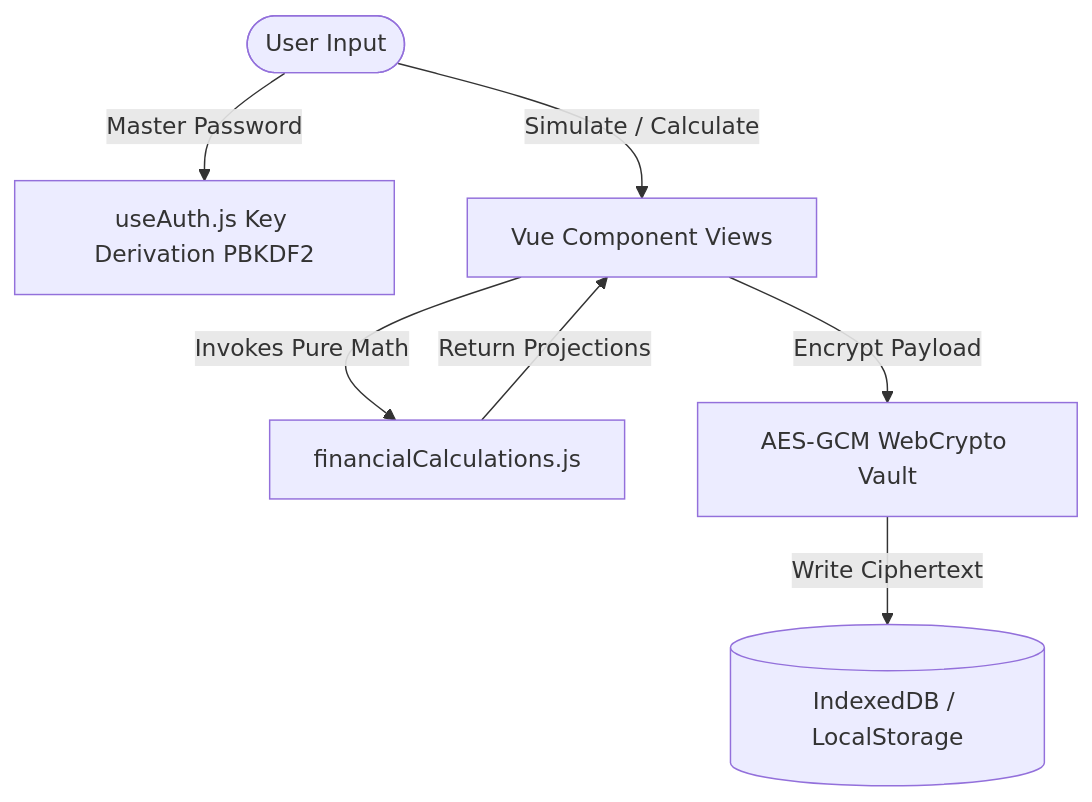
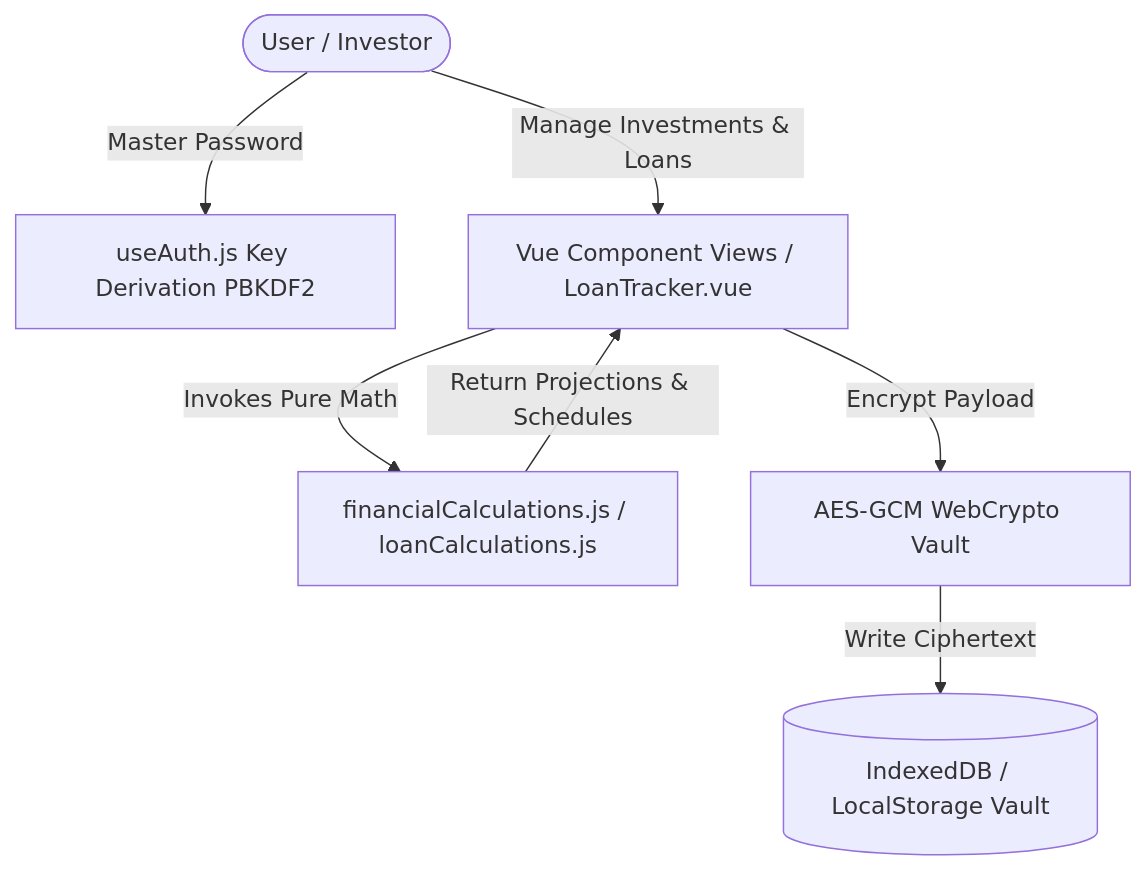
The diagram in docs/architecture.md (LucasGauterio/financial-planner), drawn with Mermaid before and after one commit. The commit also changed other lines of this file and 57 other files, not shown here.

Commit message:
docs: rename context.md to CONTEXT.md and set up single source of truth architecture

````diff
--- a/docs/architecture.md
+++ b/docs/architecture.md
@@ -17,9 +17,9 @@
 ```mermaid
 graph TD
-    User([User Input]) -->|Master Password| Auth[useAuth.js Key Derivation PBKDF2]
-    User -->|Simulate / Calculate| UI[Vue Component Views]
-    UI -->|Invokes Pure Math| Math[financialCalculations.js]
-    Math -->|Return Projections| UI
+    User([User / Investor]) -->|Master Password| Auth[useAuth.js Key Derivation PBKDF2]
+    User -->|Manage Investments & Loans| UI[Vue Component Views / LoanTracker.vue]
+    UI -->|Invokes Pure Math| Math[financialCalculations.js / loanCalculations.js]
+    Math -->|Return Projections & Schedules| UI
     UI -->|Encrypt Payload| Crypto[AES-GCM WebCrypto Vault]
-    Crypto -->|Write Ciphertext| DB[(IndexedDB / LocalStorage)]
+    Crypto -->|Write Ciphertext| DB[(IndexedDB / LocalStorage Vault)]
 ```
````
